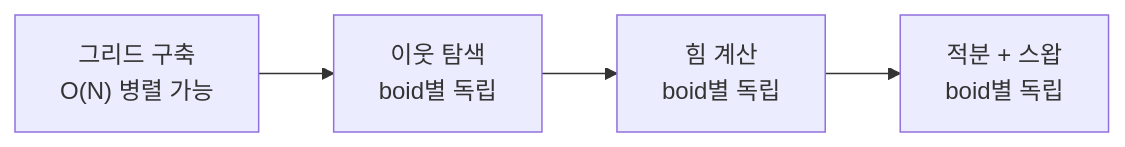
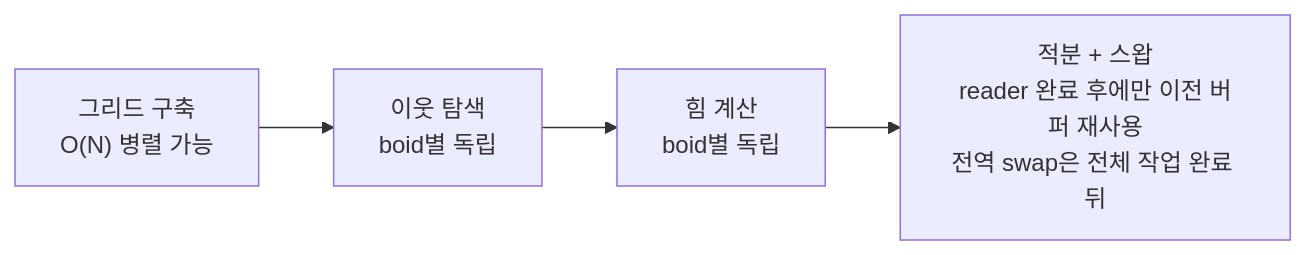
The fourth of 5 diagrams in ai/part12_flocking_boids.md (Rein-ArXiv/game-dev-curriculum), drawn with Mermaid before and after one commit. The commit also changed other lines of this file and 279 other files, not shown here.

````diff
--- a/ai/part12_flocking_boids.md
+++ b/ai/part12_flocking_boids.md
@@ -535,6 +538,6 @@
 ```mermaid
 flowchart LR
     Build["그리드 구축<br/>O(N) 병렬 가능"] --> Query["이웃 탐색<br/>boid별 독립"]
     Query --> Force["힘 계산<br/>boid별 독립"]
-    Force --> Integrate["적분 + 스왑<br/>boid별 독립"]
+    Force --> Integrate["적분 + 스왑<br/>reader 완료 후에만 이전 버퍼 재사용<br/>전역 swap은 전체 작업 완료 뒤"]
 ```
````
